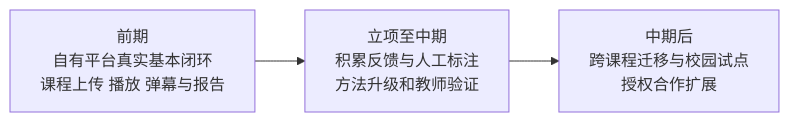
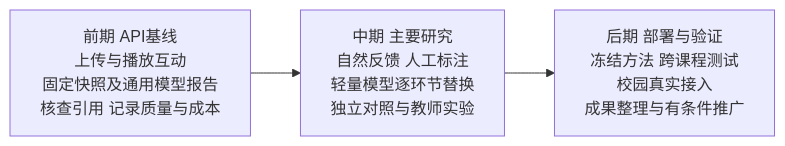
The diagram in project-materials/04_申报与答辩/申报支撑/阶段安排.mmd (Hyhyhyyy/course-feedback), drawn with Mermaid before and after one commit. The commit also changed 33 other files, not shown here.

```diff
--- a/project-materials/04_申报与答辩/申报支撑/阶段安排.mmd
+++ b/project-materials/04_申报与答辩/申报支撑/阶段安排.mmd
@@ -1,3 +1,3 @@
 flowchart LR
- A["前期<br/>自有平台真实基本闭环<br/>课程上传 播放 弹幕与报告"] --> B["立项至中期<br/>积累反馈与人工标注<br/>方法升级和教师验证"]
- B --> C["中期后<br/>跨课程迁移与校园试点<br/>授权合作扩展"]
+ A[前期 API基线<br/>上传与播放互动<br/>固定快照及通用模型报告<br/>核查引用 记录质量与成本] --> B[中期 主要研究<br/>自然反馈 人工标注<br/>轻量模型逐环节替换<br/>独立对照与教师实验]
+ B --> C[后期 部署与验证<br/>冻结方法 跨课程测试<br/>校园真实接入<br/>成果整理与有条件推广]
```
